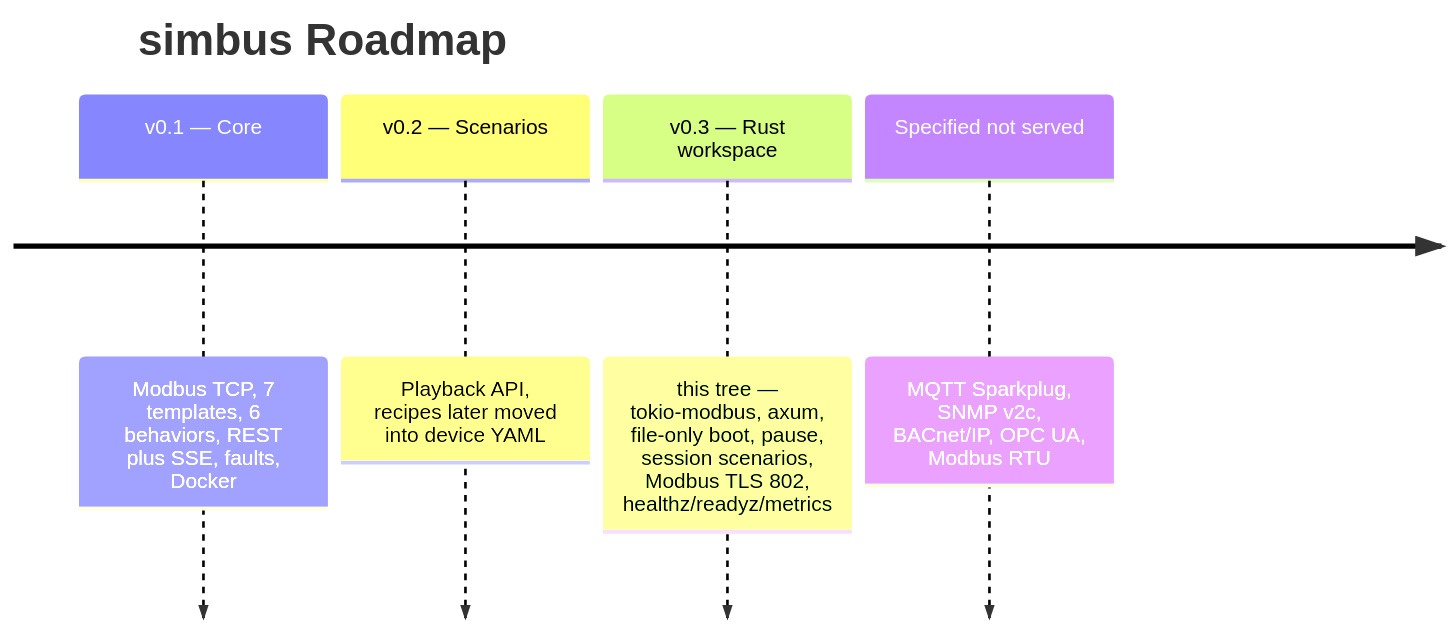
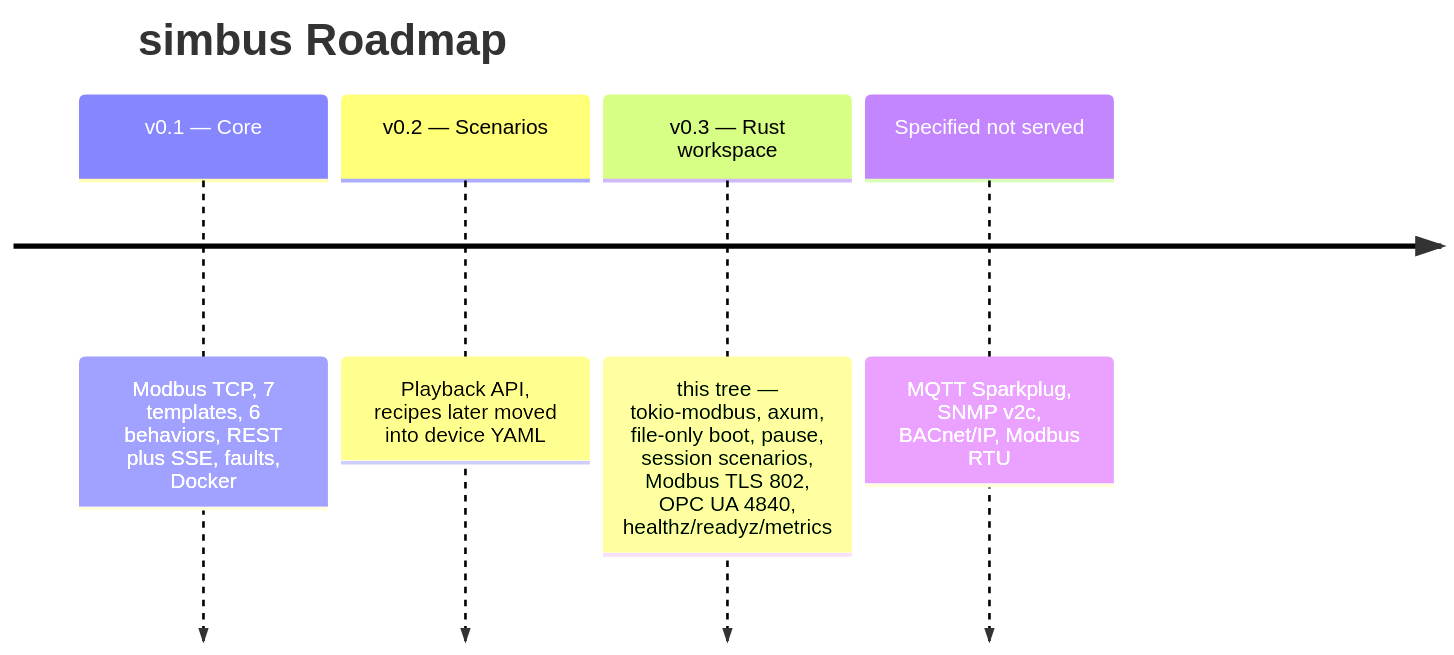
The fifth of 5 diagrams in README.md (obsidia-systems/simbus), drawn with Mermaid before and after one commit. The commit also changed other lines of this file and 25 other files, not shown here.

````diff
--- a/README.md
+++ b/README.md
@@ -833,8 +863,8 @@
 ```mermaid
 timeline
     title simbus Roadmap
     v0.1 — Core : Modbus TCP, 7 templates, 6 behaviors, REST plus SSE, faults, Docker
     v0.2 — Scenarios : Playback API, recipes later moved into device YAML
-    v0.3 — Rust workspace : this tree — tokio-modbus, axum, file-only boot, pause, session scenarios, Modbus TLS 802, healthz/readyz/metrics
-    Specified not served : MQTT Sparkplug, SNMP v2c, BACnet/IP, OPC UA, Modbus RTU
+    v0.3 — Rust workspace : this tree — tokio-modbus, axum, file-only boot, pause, session scenarios, Modbus TLS 802, OPC UA 4840, healthz/readyz/metrics
+    Specified not served : MQTT Sparkplug, SNMP v2c, BACnet/IP, Modbus RTU
 ```
````
